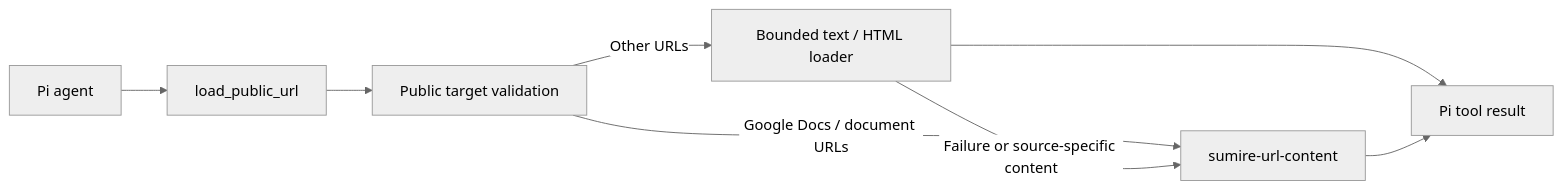
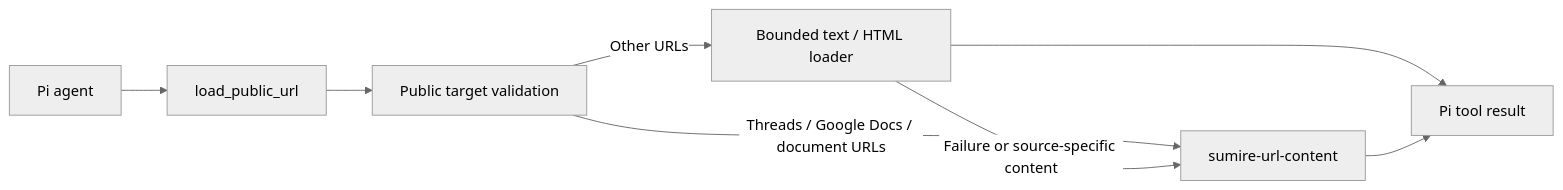
One commit to narumiruna/sumire changed the diagram in packages/url-tool/README.md. Above: the diagram before and after it, drawn with Mermaid (neutral theme). The commit also changed other lines of this file and 15 other files, not shown here.

Commit message:
feat(url-content): add Threads post loading

````diff
--- a/packages/url-tool/README.md
+++ b/packages/url-tool/README.md
@@ -31,10 +31,10 @@
 ```mermaid
 flowchart LR
     Agent[Pi agent] --> Tool[load_public_url]
     Tool --> Check[Public target validation]
     Check -->|Other URLs| BuiltIn[Bounded text / HTML loader]
-    Check -->|Google Docs / document URLs| Fallback[sumire-url-content]
+    Check -->|Threads / Google Docs / document URLs| Fallback[sumire-url-content]
     BuiltIn -->|Failure or source-specific content| Fallback
     BuiltIn --> Result[Pi tool result]
     Fallback --> Result
 ```
````
